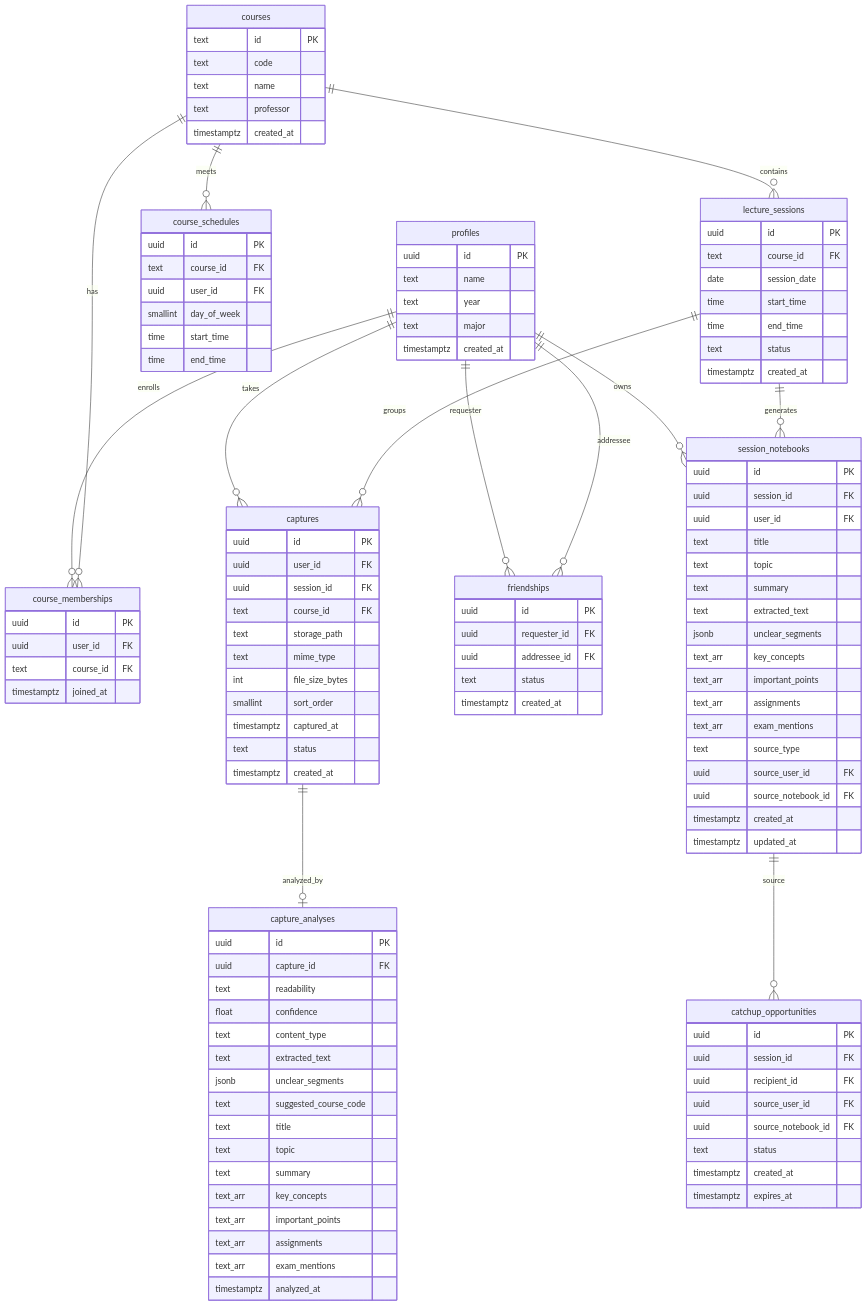
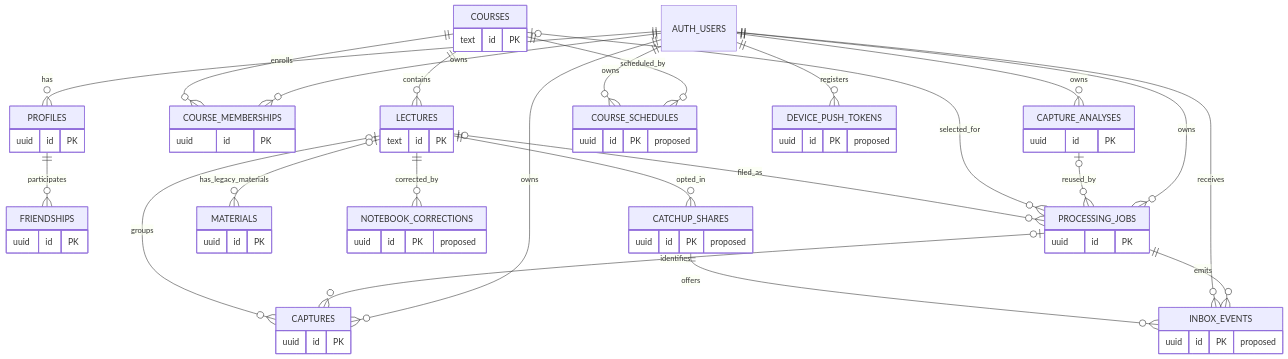
Before and after one commit to rejankarki1/classLens: the sixth of 6 diagrams in docs/CLASSLENS_IMPLEMENTATION_PLAN.md, drawn with Mermaid. The commit also changed other lines of this file and 1 other file, not shown here.

Commit message:
docs: consolidated plan + session slash command

````diff
--- a/docs/CLASSLENS_IMPLEMENTATION_PLAN.md
+++ b/docs/CLASSLENS_IMPLEMENTATION_PLAN.md
@@ -275,133 +212,40 @@
 ```mermaid
 erDiagram
-    profiles ||--o{ course_memberships : enrolls
-    profiles ||--o{ captures : takes
-    profiles ||--o{ friendships : "requester"
-    profiles ||--o{ friendships : "addressee"
-    profiles ||--o{ session_notebooks : owns
+  AUTH_USERS ||--o{ PROFILES : has
+  PROFILES ||--o{ FRIENDSHIPS : participates
+  AUTH_USERS ||--o{ COURSE_MEMBERSHIPS : owns
+  COURSES ||--o{ COURSE_MEMBERSHIPS : enrolls
+  COURSES ||--o{ LECTURES : contains
+  AUTH_USERS ||--o{ CAPTURES : owns
+  AUTH_USERS ||--o{ CAPTURE_ANALYSES : owns
+  AUTH_USERS ||--o{ PROCESSING_JOBS : owns
+  PROCESSING_JOBS o|--o{ CAPTURES : identifies
+  CAPTURE_ANALYSES o|--o{ PROCESSING_JOBS : reused_by
+  COURSES o|--o{ PROCESSING_JOBS : selected_for
+  LECTURES o|--o{ PROCESSING_JOBS : filed_as
+  LECTURES o|--o{ CAPTURES : groups
+  LECTURES o|--o{ MATERIALS : has_legacy_materials
+  COURSES ||--o{ COURSE_SCHEDULES : scheduled_by
+  AUTH_USERS ||--o{ COURSE_SCHEDULES : owns
+  PROCESSING_JOBS ||--o{ INBOX_EVENTS : emits
+  AUTH_USERS ||--o{ INBOX_EVENTS : receives
+  AUTH_USERS ||--o{ DEVICE_PUSH_TOKENS : registers
+  LECTURES ||--o{ NOTEBOOK_CORRECTIONS : corrected_by
+  LECTURES ||--o{ CATCHUP_SHARES : opted_in
+  CATCHUP_SHARES ||--o{ INBOX_EVENTS : offers
 
-    courses ||--o{ course_memberships : has
-    courses ||--o{ course_schedules : meets
-    courses ||--o{ lecture_sessions : contains
-
-    lecture_sessions ||--o{ captures : "groups"
-    lecture_sessions ||--o{ session_notebooks : generates
-
-    captures ||--o| capture_analyses : analyzed_by
-
-    session_notebooks ||--o{ catchup_opportunities : "source"
-
-    profiles {
-        uuid id PK
-        text name
-        text year
-        text major
-        timestamptz created_at
-    }
-
-    courses {
-        text id PK
-        text code
-        text name
-        text professor
-        timestamptz created_at
-    }
-
-    course_memberships {
-        uuid id PK
-        uuid user_id FK
-        text course_id FK
-        timestamptz joined_at
-    }
-
-    course_schedules {
-        uuid id PK
-        text course_id FK
-        uuid user_id FK
-        smallint day_of_week
-        time start_time
-        time end_time
-    }
-
-    lecture_sessions {
-        uuid id PK
-        text course_id FK
-        date session_date
-        time start_time
-        time end_time
-        text status
-        timestamptz created_at
-    }
-
-    captures {
-        uuid id PK
-        uuid user_id FK
-        uuid session_id FK
-        text course_id FK
-        text storage_path
-        text mime_type
-        int file_size_bytes
-        smallint sort_order
-        timestamptz captured_at
-        text status
-        timestamptz created_at
-    }
-
-    capture_analyses {
-        uuid id PK
-        uuid capture_id FK
-        text readability
-        float confidence
-        text content_type
-        text extracted_text
-        jsonb unclear_segments
-        text suggested_course_code
-        text title
-        text topic
-        text summary
-        text_arr key_concepts
-        text_arr important_points
-        text_arr assignments
-        text_arr exam_mentions
-        timestamptz analyzed_at
-    }
-
-    session_notebooks {
-        uuid id PK
-        uuid session_id FK
-        uuid user_id FK
-        text title
-        text topic
-        text summary
-        text extracted_text
-        jsonb unclear_segments
-        text_arr key_concepts
-        text_arr important_points
-        text_arr assignments
-        text_arr exam_mentions
-        text source_type
-        uuid source_user_id FK
-        uuid source_notebook_id FK
-        timestamptz created_at
-        timestamptz updated_at
-    }
-
-    friendships {
-        uuid id PK
-        uuid requester_id FK
-        uuid addressee_id FK
-        text status
-        timestamptz created_at
-    }
-
-    catchup_opportunities {
-        uuid id PK
-        uuid session_id FK
-        uuid recipient_id FK
-        uuid source_user_id FK
-        uuid source_notebook_id FK
-        text status
-        timestamptz created_at
-        timestamptz expires_at
-    }
+  PROFILES { uuid id PK }
+  FRIENDSHIPS { uuid id PK }
+  COURSES { text id PK }
+  LECTURES { text id PK }
+  MATERIALS { uuid id PK }
+  COURSE_MEMBERSHIPS { uuid id PK }
+  CAPTURES { uuid id PK }
+  CAPTURE_ANALYSES { uuid id PK }
+  PROCESSING_JOBS { uuid id PK }
+  COURSE_SCHEDULES { uuid id PK "proposed" }
+  INBOX_EVENTS { uuid id PK "proposed" }
+  DEVICE_PUSH_TOKENS { uuid id PK "proposed" }
+  NOTEBOOK_CORRECTIONS { uuid id PK "proposed" }
+  CATCHUP_SHARES { uuid id PK "proposed" }
 ```
````
